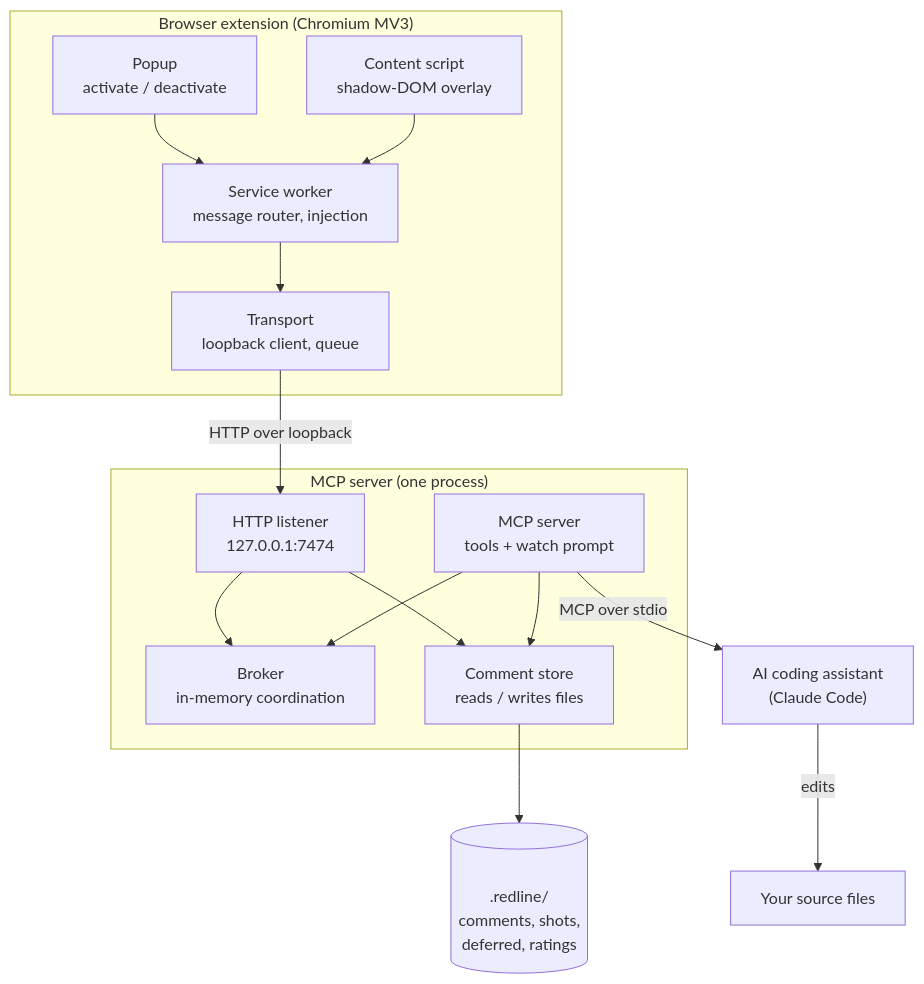
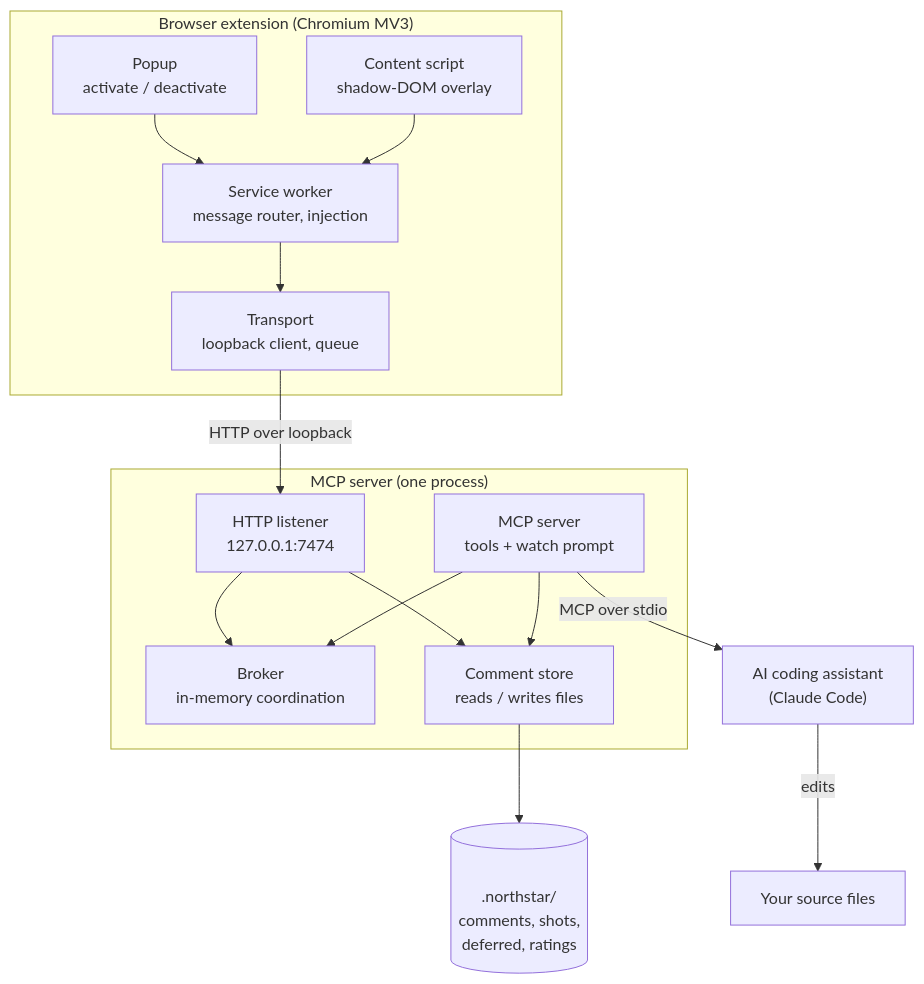
The first of 2 diagrams in docs/architecture.md (pallandir/claude-comments), drawn with Mermaid before and after one commit. The commit also changed other lines of this file and 38 other files, not shown here.

First line of the commit message:
feat(root): rename Redline to Northstar

````diff
--- a/docs/architecture.md
+++ b/docs/architecture.md
@@ -10,31 +10,31 @@
 ```mermaid
 flowchart TB
     subgraph Browser["Browser extension (Chromium MV3)"]
       Popup["Popup<br/>activate / deactivate"]
       Worker["Service worker<br/>message router, injection"]
       Content["Content script<br/>shadow-DOM overlay"]
       Transport["Transport<br/>loopback client, queue"]
       Popup --> Worker
       Content --> Worker
       Worker --> Transport
     end
 
     subgraph Server["MCP server (one process)"]
       Http["HTTP listener<br/>127.0.0.1:7474"]
       Broker["Broker<br/>in-memory coordination"]
       Mcp["MCP server<br/>tools + watch prompt"]
       Store["Comment store<br/>reads / writes files"]
       Http --> Broker
       Mcp --> Broker
       Http --> Store
       Mcp --> Store
     end
 
-    Disk[("<br/>.redline/<br/>comments, shots,<br/>deferred, ratings<br/>")]
+    Disk[("<br/>.northstar/<br/>comments, shots,<br/>deferred, ratings<br/>")]
     Assistant["AI coding assistant<br/>(Claude Code)"]
 
     Transport -- "HTTP over loopback" --> Http
     Store --> Disk
     Mcp -- "MCP over stdio" --> Assistant
     Assistant -- "edits" --> Repo["Your source files"]
 ```
````
